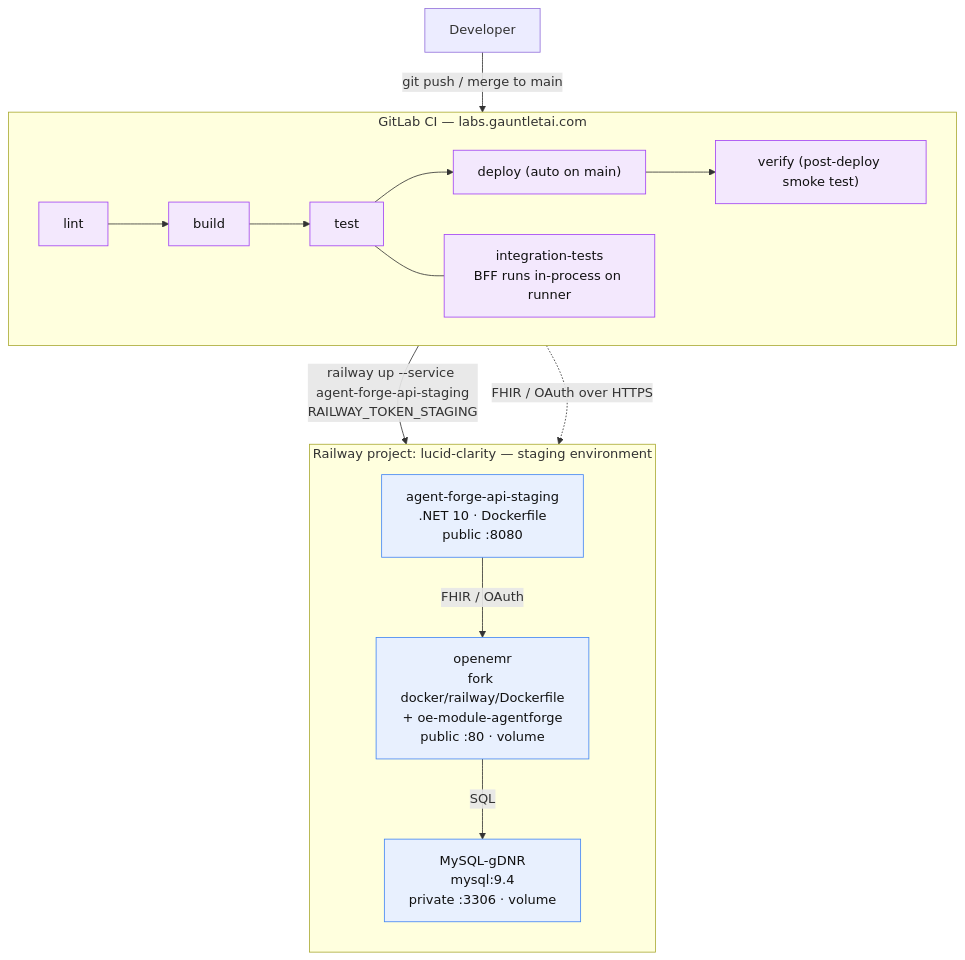
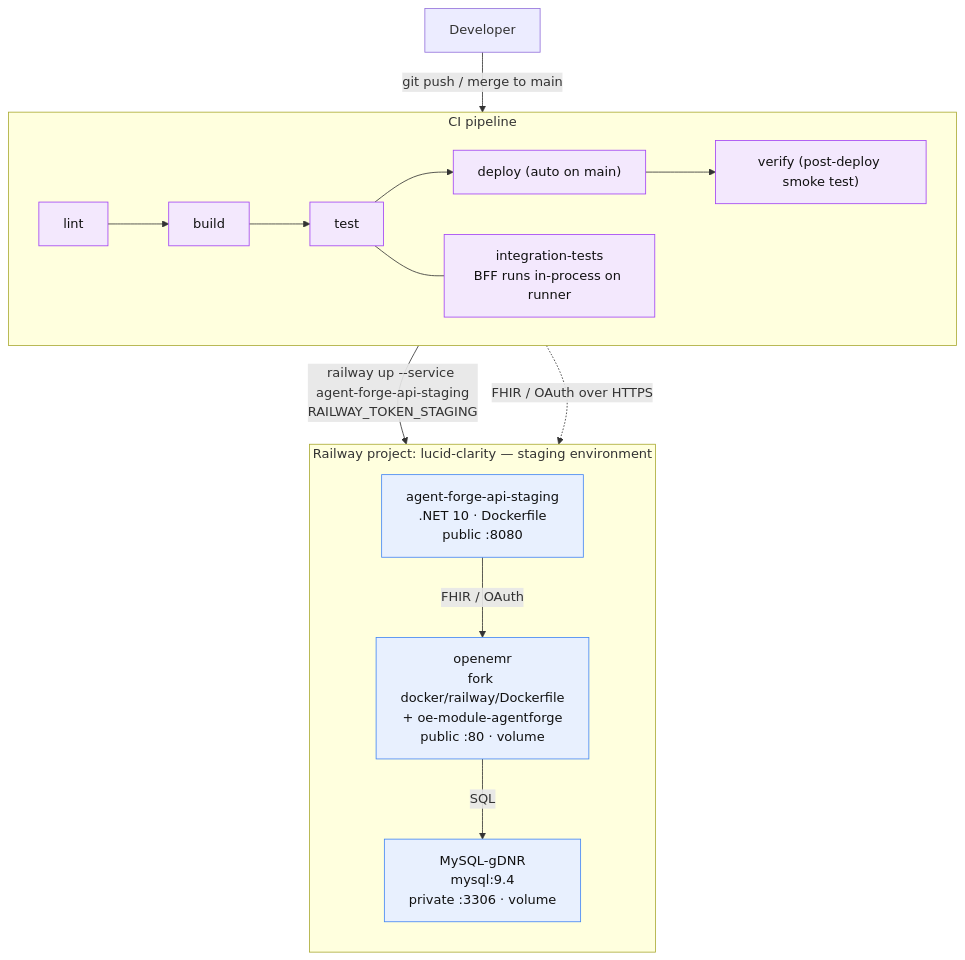
Before and after one commit to adammarquette/agent-forge-copilot: the diagram in documentation/RAILWAY.md, drawn with Mermaid. The commit also changed 4 other files, not shown here.

````diff
--- a/documentation/RAILWAY.md
+++ b/documentation/RAILWAY.md
@@ -30,29 +30,29 @@
 ```mermaid
 flowchart TB
     dev["Developer"]
 
-    subgraph GL["GitLab CI &mdash; labs.gauntletai.com"]
+    subgraph CI["CI pipeline"]
         direction LR
         lint["lint"] --> build["build"] --> test["test"] --> deploy["deploy (auto on main)"] --> verify["verify (post-deploy smoke test)"]
         itest["integration-tests<br/>BFF runs in-process on runner"]
         test --- itest
     end
 
     subgraph RW["Railway project: lucid-clarity &mdash; staging environment"]
         direction TB
         api["agent-forge-api-staging<br/>.NET 10 · Dockerfile<br/>public :8080"]
         oe["openemr<br/>fork docker/railway/Dockerfile<br/>+ oe-module-agentforge<br/>public :80 · volume"]
         db["MySQL-gDNR<br/>mysql:9.4<br/>private :3306 · volume"]
         api -->|FHIR / OAuth| oe
         oe -->|SQL| db
     end
 
     dev -->|git push / merge to main| lint
     deploy -->|"railway up --service agent-forge-api-staging<br/>RAILWAY_TOKEN_STAGING"| api
     itest -.->|FHIR / OAuth over HTTPS| oe
 
     classDef svc fill:#e8f0fe,stroke:#4285f4,color:#111;
     classDef ci fill:#f3e8fd,stroke:#a142f4,color:#111;
     class api,oe,db svc;
     class lint,build,test,deploy,verify,itest ci;
 ```
````
